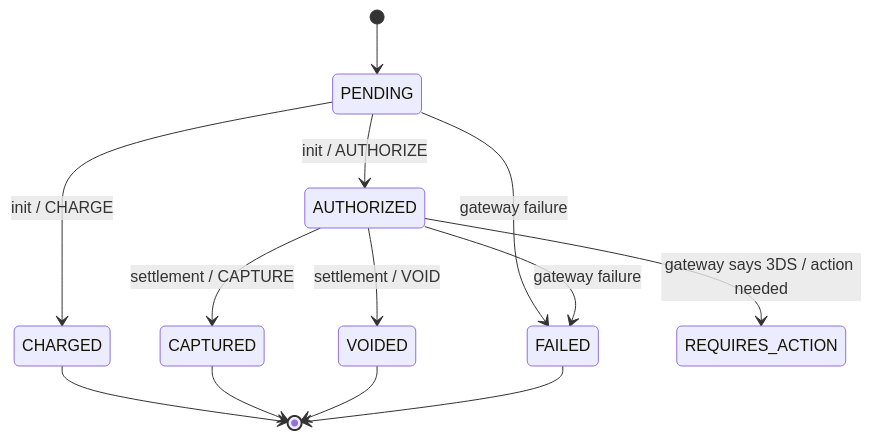
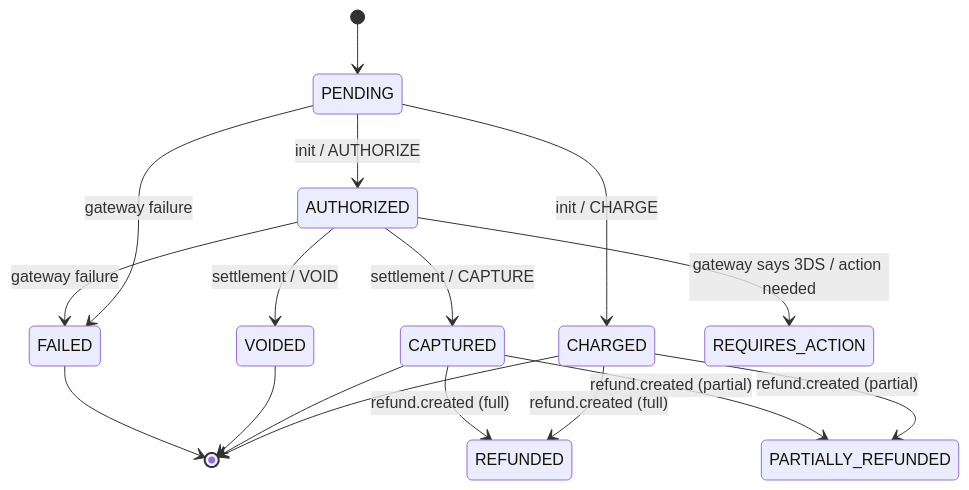
One commit to RallyDeals/rally-docs changed the first of 7 diagrams in services docs/payment_service.md. Above: the diagram before and after it, drawn with Mermaid. The commit also changed other lines of this file, not shown here.

First line of the commit message:
Revise payment service documentation and schema

````diff
--- a/services docs/payment_service.md
+++ b/services docs/payment_service.md
@@ -213,15 +256,19 @@
 ```mermaid
 stateDiagram-v2
     [*] --> PENDING
     PENDING --> AUTHORIZED: init / AUTHORIZE
     PENDING --> CHARGED: init / CHARGE
     AUTHORIZED --> CAPTURED: settlement / CAPTURE
     AUTHORIZED --> VOIDED: settlement / VOID
     PENDING --> FAILED: gateway failure
     AUTHORIZED --> FAILED: gateway failure
     CHARGED --> [*]
     CAPTURED --> [*]
     VOIDED --> [*]
     FAILED --> [*]
     AUTHORIZED --> REQUIRES_ACTION: gateway says 3DS / action needed
+    CHARGED --> REFUNDED: refund.created (full)
+    CHARGED --> PARTIALLY_REFUNDED: refund.created (partial)
+    CAPTURED --> REFUNDED: refund.created (full)
+    CAPTURED --> PARTIALLY_REFUNDED: refund.created (partial)
 ```
````
